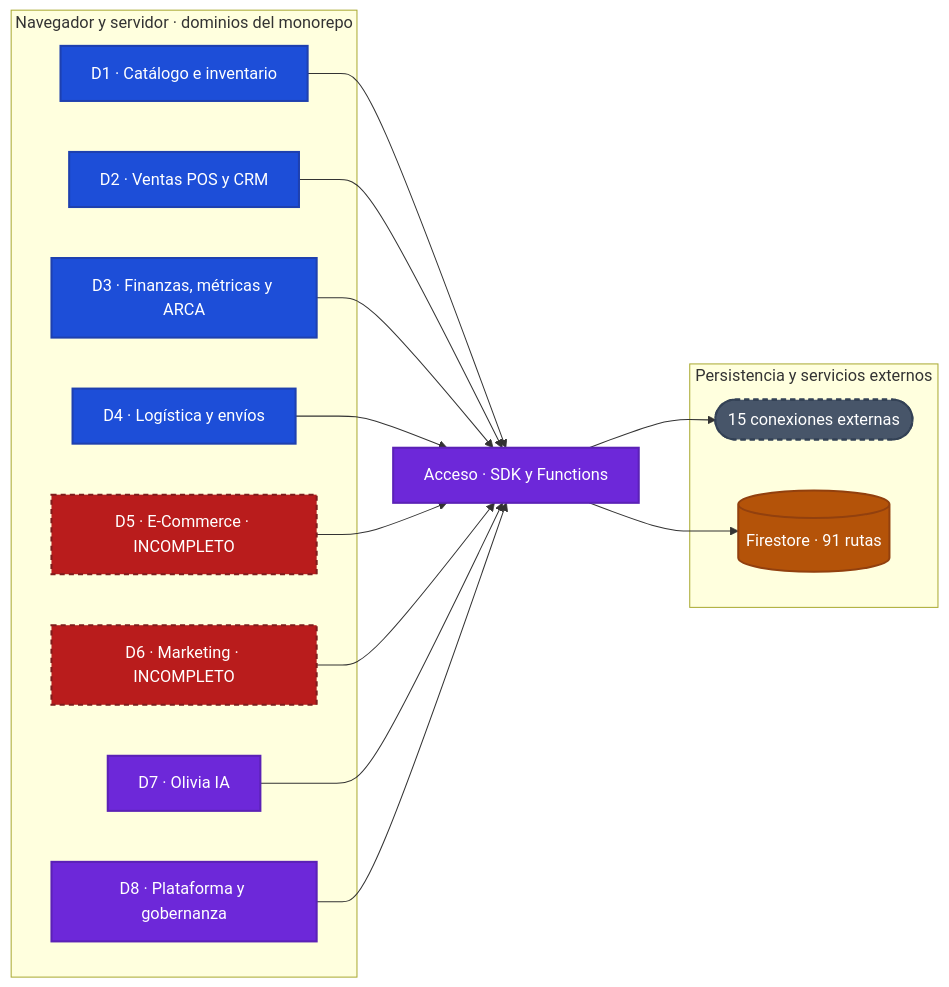
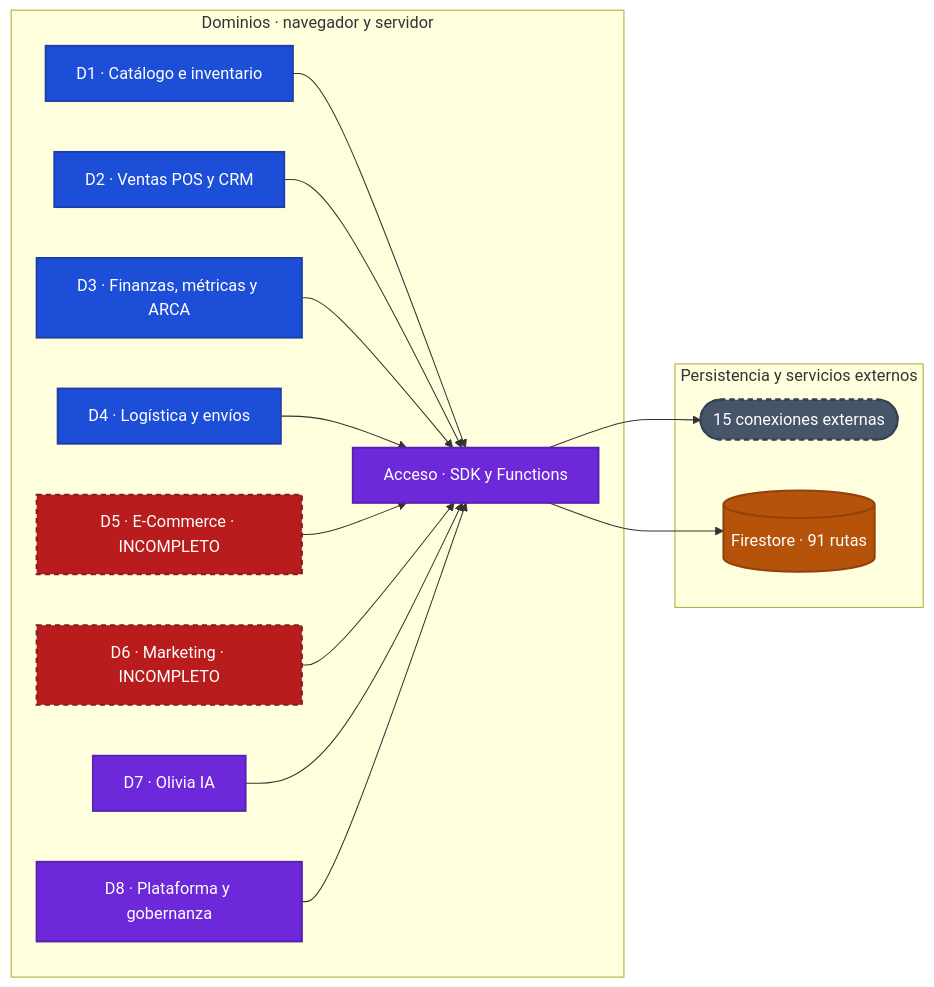
Before and after one commit to AgustinBazanUB/App-Integral-FM: the second of 3 diagrams in docs/01-mapa-maestro.md, drawn with Mermaid. The commit also changed other lines of this file and 7 other files, not shown here.

````diff
--- a/docs/01-mapa-maestro.md
+++ b/docs/01-mapa-maestro.md
@@ -90,40 +90,39 @@
 ```mermaid
 flowchart LR
     %% Los ocho dominios convergen en una base de datos común con guardas propias.
-    subgraph dominios["Navegador y servidor · dominios del monorepo"]
+    subgraph dominios["Dominios · navegador y servidor"]
         inventario["D1 · Catálogo e inventario"]:::integral
         ventas["D2 · Ventas POS y CRM"]:::integral
         finanzas["D3 · Finanzas, métricas y ARCA"]:::integral
         logistica["D4 · Logística y envíos"]:::integral
         web["D5 · E-Commerce · INCOMPLETO"]:::debt
         marketing["D6 · Marketing · INCOMPLETO"]:::debt
         olivia["D7 · Olivia IA"]:::shared
         gobierno["D8 · Plataforma y gobernanza"]:::shared
+        acceso["Acceso · SDK y Functions"]:::shared
     end
-
-    acceso["Acceso · SDK y Functions"]:::shared
 
     subgraph recursos["Persistencia y servicios externos"]
         servicios(["15 conexiones externas"]):::external
         firestore[("Firestore · 91 rutas")]:::db
     end
 
     inventario --> acceso
     ventas --> acceso
     finanzas --> acceso
     logistica --> acceso
     web --> acceso
     marketing --> acceso
     olivia --> acceso
     gobierno --> acceso
     acceso --> firestore
     acceso --> servicios
 
     classDef actor fill:#1E293B,stroke:#64748B,color:#FFFFFF,stroke-width:2px
     classDef integral fill:#1D4ED8,stroke:#1E40AF,color:#FFFFFF,stroke-width:2px
     classDef ecommerce fill:#047857,stroke:#065F46,color:#FFFFFF,stroke-width:2px
     classDef shared fill:#6D28D9,stroke:#5B21B6,color:#FFFFFF,stroke-width:2px
     classDef db fill:#B45309,stroke:#92400E,color:#FFFFFF,stroke-width:2px
     classDef external fill:#475569,stroke:#334155,color:#FFFFFF,stroke-width:2px,stroke-dasharray:5 4
     classDef debt fill:#B91C1C,stroke:#7F1D1D,color:#FFFFFF,stroke-width:2px,stroke-dasharray:5 4
 ```
````
